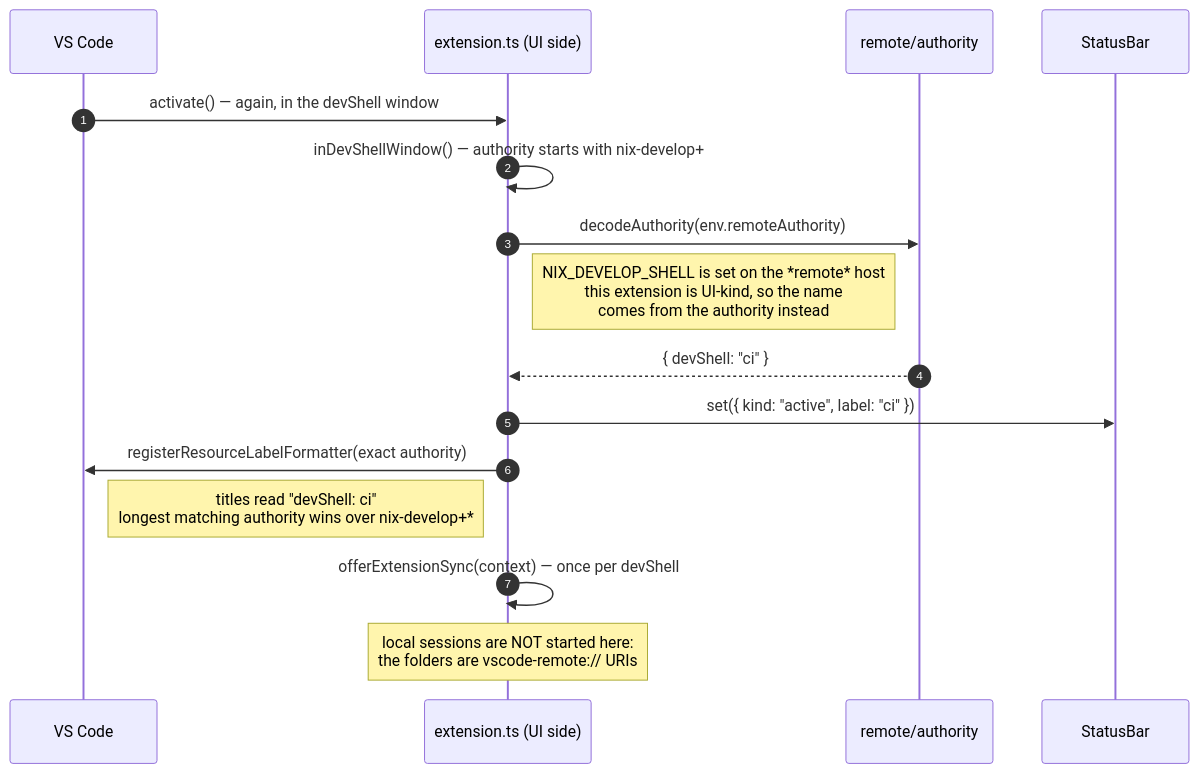
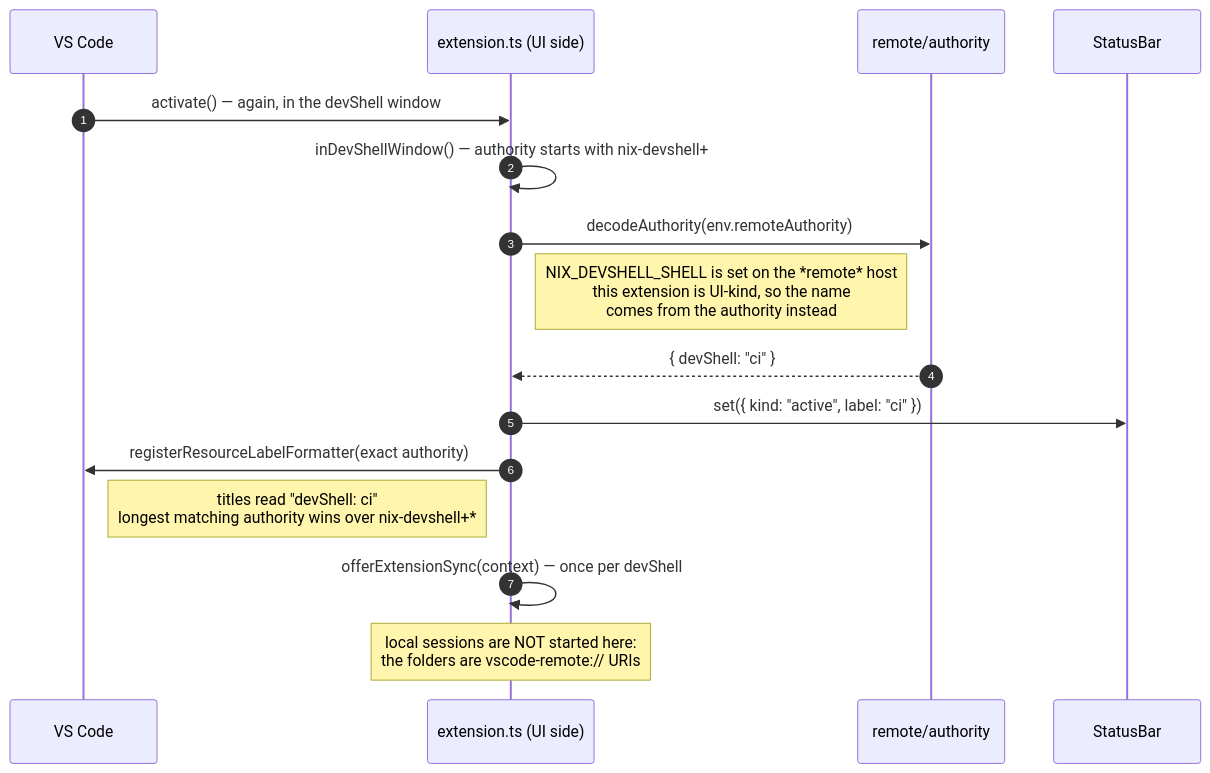
Before and after one commit to wiomoc/vscode-nix-develop: the third of 4 diagrams in architecture/startup-sequence.md, drawn with Mermaid. The commit also changed other lines of this file and 36 other files, not shown here.

Commit message:
rename to nix-devshell

````diff
--- a/architecture/startup-sequence.md
+++ b/architecture/startup-sequence.md
@@ -234,19 +234,19 @@
 ```mermaid
 sequenceDiagram
     autonumber
     participant Code as VS Code
     participant Ext as extension.ts (UI side)
     participant Auth as remote/authority
     participant Status as StatusBar
 
     Code->>Ext: activate() — again, in the devShell window
-    Ext->>Ext: inDevShellWindow() — authority starts with nix-develop+
+    Ext->>Ext: inDevShellWindow() — authority starts with nix-devshell+
     Ext->>Auth: decodeAuthority(env.remoteAuthority)
-    Note right of Ext: NIX_DEVELOP_SHELL is set on the *remote* host<br/>this extension is UI-kind, so the name<br/>comes from the authority instead
+    Note right of Ext: NIX_DEVSHELL_SHELL is set on the *remote* host<br/>this extension is UI-kind, so the name<br/>comes from the authority instead
     Auth-->>Ext: { devShell: "ci" }
     Ext->>Status: set({ kind: "active", label: "ci" })
     Ext->>Code: registerResourceLabelFormatter(exact authority)
-    Note right of Code: titles read "devShell: ci"<br/>longest matching authority wins over nix-develop+*
+    Note right of Code: titles read "devShell: ci"<br/>longest matching authority wins over nix-devshell+*
     Ext->>Ext: offerExtensionSync(context) — once per devShell
     Note over Ext: local sessions are NOT started here:<br/>the folders are vscode-remote:// URIs
 ```
````
